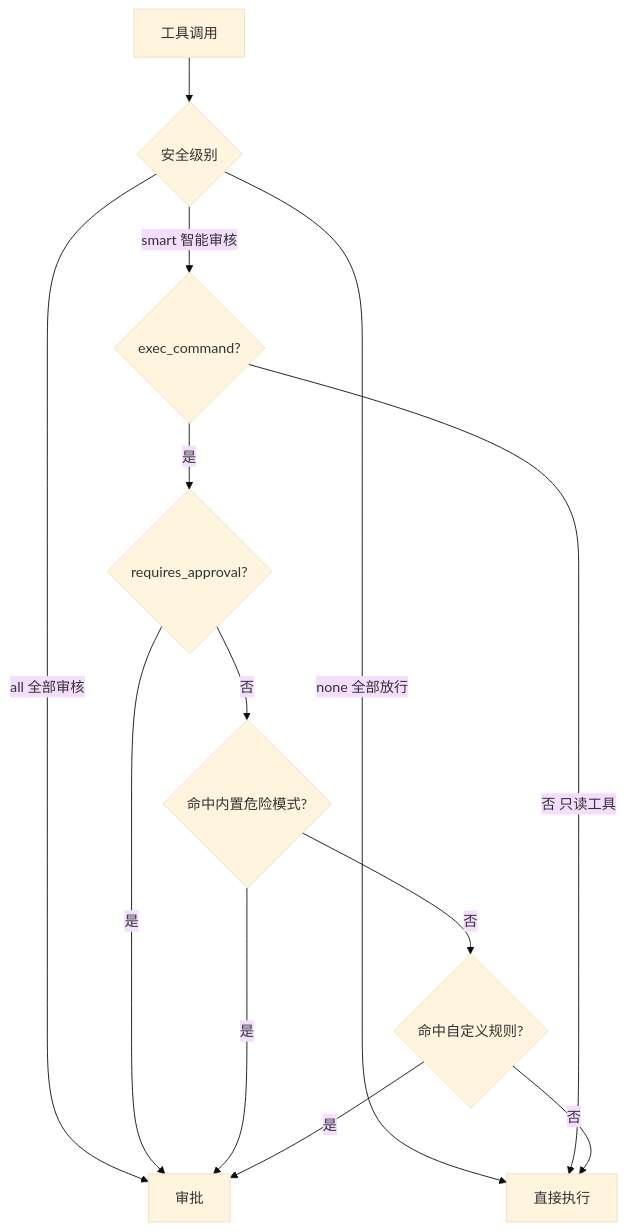
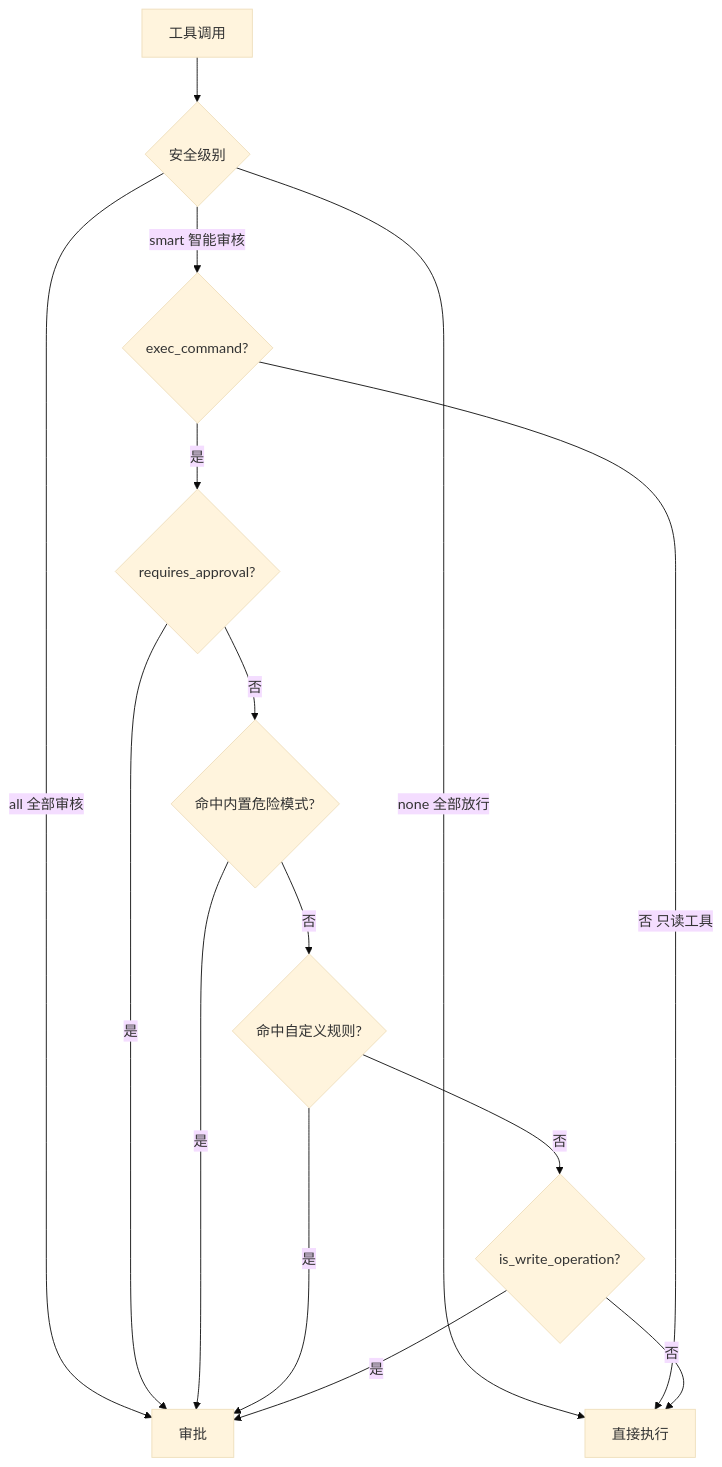
Before and after one commit to shaguocgl/buff-term: the third of 3 diagrams in docs/自研AI-Agent与权限设计.md, drawn with Mermaid (base theme). The commit also changed other lines of this file and 25 other files, not shown here.

````diff
--- a/docs/自研AI-Agent与权限设计.md
+++ b/docs/自研AI-Agent与权限设计.md
@@ -206,15 +222,17 @@
 ```mermaid
 flowchart TD
   CALL[工具调用] --> MODE{安全级别}
   MODE -->|all 全部审核| APP1[审批]
   MODE -->|none 全部放行| EXEC1[直接执行]
   MODE -->|smart 智能审核| SMART{exec_command?}
   SMART -->|否 只读工具| EXEC1
   SMART -->|是| C1{requires_approval?}
   C1 -->|是| APP1
   C1 -->|否| C2{命中内置危险模式?}
   C2 -->|是| APP1
   C2 -->|否| C3{命中自定义规则?}
   C3 -->|是| APP1
-  C3 -->|否| EXEC1
+  C3 -->|否| C4{is_write_operation?}
+  C4 -->|是| APP1
+  C4 -->|否| EXEC1
 ```
````
